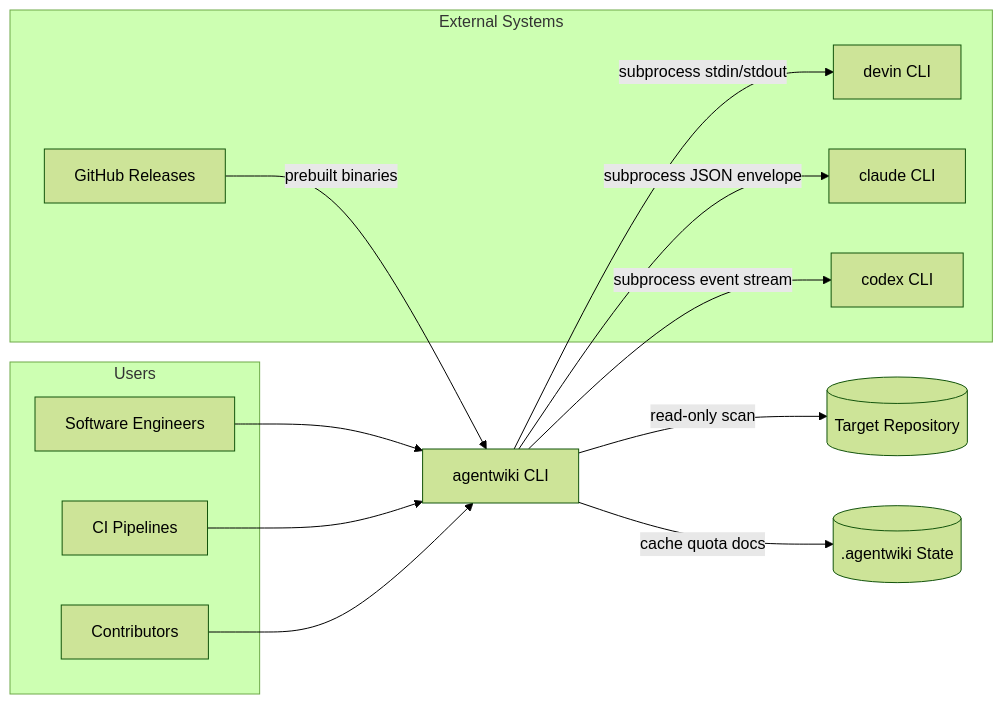
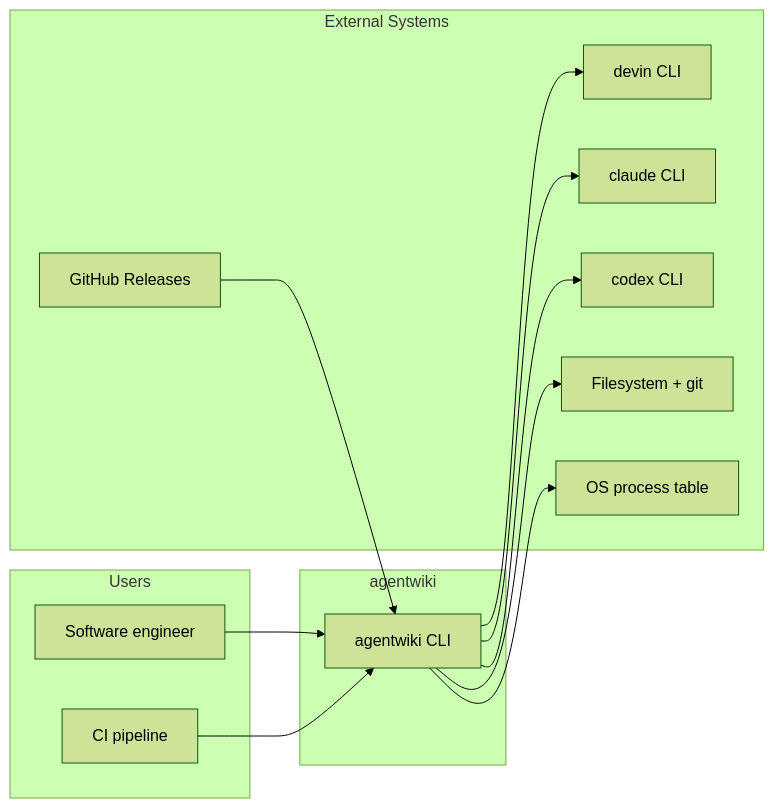
Before and after one commit to tidusvn05/agentwiki: the first of 7 diagrams in docs/en/2.Architecture.md, drawn with Mermaid (forest theme). The commit also changed other lines of this file and 41 other files, not shown here.

````diff
--- a/docs/en/2.Architecture.md
+++ b/docs/en/2.Architecture.md
@@ -45,32 +71,29 @@
 ```mermaid
 graph LR
-    subgraph users[Users]
-        U1[Software Engineers]
-        U2[CI Pipelines]
-        U3[Contributors]
+    subgraph Users["Users"]
+        ENG["Software engineer"]
+        CI["CI pipeline"]
     end
 
-    AW[agentwiki CLI]
-
-    subgraph external[External Systems]
-        DEV[devin CLI]
-        CLA[claude CLI]
-        COD[codex CLI]
-        GHR[GitHub Releases]
+    subgraph System["agentwiki"]
+        AW["agentwiki CLI"]
     end
 
-    REPO[(Target Repository)]
-    STATE[(.agentwiki State)]
+    subgraph External["External Systems"]
+        DEVIN["devin CLI"]
+        CLAUDE["claude CLI"]
+        CODEX["codex CLI"]
+        FS["Filesystem + git"]
+        PROC["OS process table"]
+        GH["GitHub Releases"]
+    end
 
-    U1 --> AW
-    U2 --> AW
-    U3 --> AW
-
-    AW -->|subprocess stdin/stdout| DEV
-    AW -->|subprocess JSON envelope| CLA
-    AW -->|subprocess event stream| COD
-    GHR -->|prebuilt binaries| AW
-
-    AW -->|read-only scan| REPO
-    AW -->|cache quota docs| STATE
+    ENG --> AW
+    CI --> AW
+    AW --> DEVIN
+    AW --> CLAUDE
+    AW --> CODEX
+    AW --> FS
+    AW --> PROC
+    GH --> AW
 ```
````
